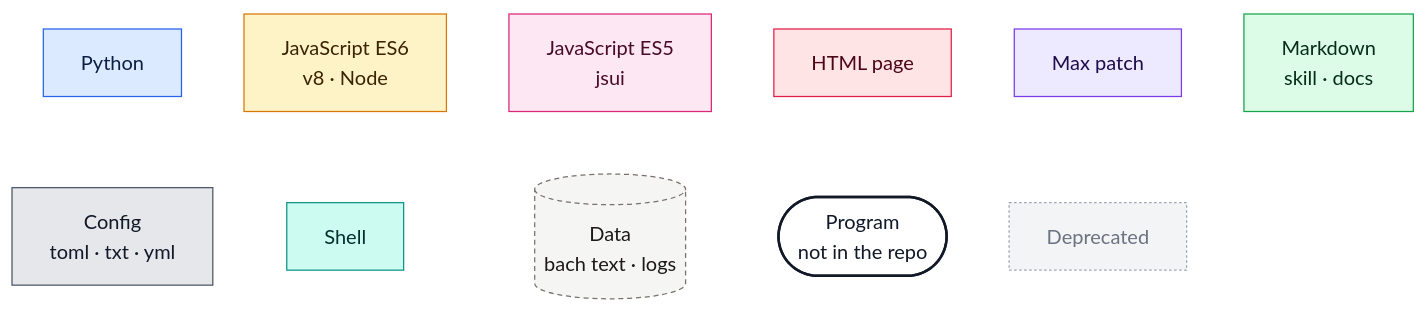
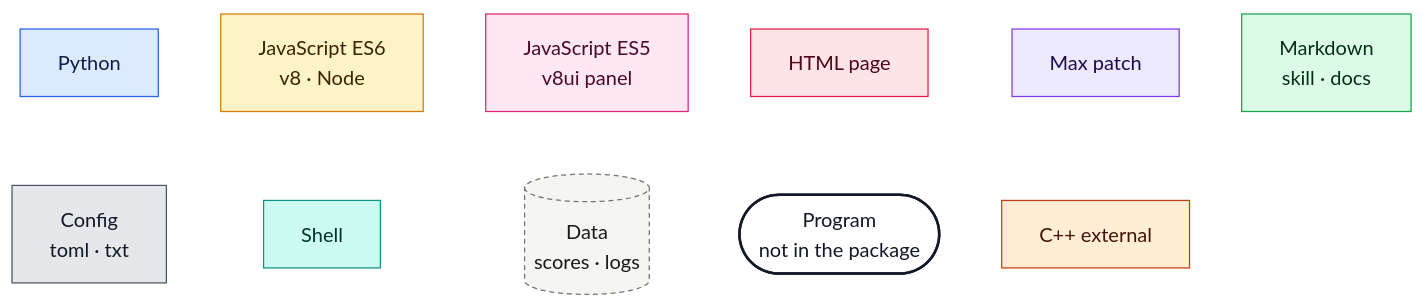
One commit to agustinissidoro/bach-mcp changed the first of 2 diagrams in filemap.md. Above: the diagram before and after it, drawn with Mermaid. The commit also changed other lines of this file and 55 other files, not shown here.

````diff
--- a/filemap.md
+++ b/filemap.md
@@ -23,30 +14,30 @@
 ```mermaid
 flowchart TB
   l1["Python"]:::py
   l2["JavaScript ES6<br/>v8 · Node"]:::js
-  l3["JavaScript ES5<br/>jsui"]:::jsui
+  l3["JavaScript ES5<br/>v8ui panel"]:::jsui
   l4["HTML page"]:::html
   l5["Max patch"]:::maxp
   l6["Markdown<br/>skill · docs"]:::md
-  l7["Config<br/>toml · txt · yml"]:::cfg
+  l7["Config<br/>toml · txt"]:::cfg
   l8["Shell"]:::sh
-  l9[("Data<br/>bach text · logs")]:::data
-  l10(["Program<br/>not in the repo"]):::prog
-  l11["Deprecated"]:::dep
+  l9[("Data<br/>scores · logs")]:::data
+  l10(["Program<br/>not in the package"]):::prog
+  l11["C++ external"]:::ext
   l1 ~~~ l7
   l2 ~~~ l8
   l3 ~~~ l9
   l4 ~~~ l10
   l5 ~~~ l11
   classDef py fill:#dbeafe,stroke:#2563eb,color:#0b1f44
   classDef js fill:#fef3c7,stroke:#d97706,color:#3b2300
   classDef jsui fill:#fce7f3,stroke:#db2777,color:#4a0a2a
   classDef html fill:#ffe4e6,stroke:#e11d48,color:#4c0519
   classDef maxp fill:#ede9fe,stroke:#7c3aed,color:#1e0b4b
   classDef md fill:#dcfce7,stroke:#16a34a,color:#052e16
   classDef cfg fill:#e5e7eb,stroke:#4b5563,color:#111827
   classDef sh fill:#ccfbf1,stroke:#0d9488,color:#042f2e
   classDef data fill:#f5f5f4,stroke:#78716c,stroke-dasharray:4 3,color:#1c1917
   classDef prog fill:#ffffff,stroke:#111827,stroke-width:2px,color:#111827
-  classDef dep fill:#f3f4f6,stroke:#9ca3af,stroke-dasharray:2 2,color:#6b7280
+  classDef ext fill:#ffedd5,stroke:#c2410c,color:#431407
 ```
````
